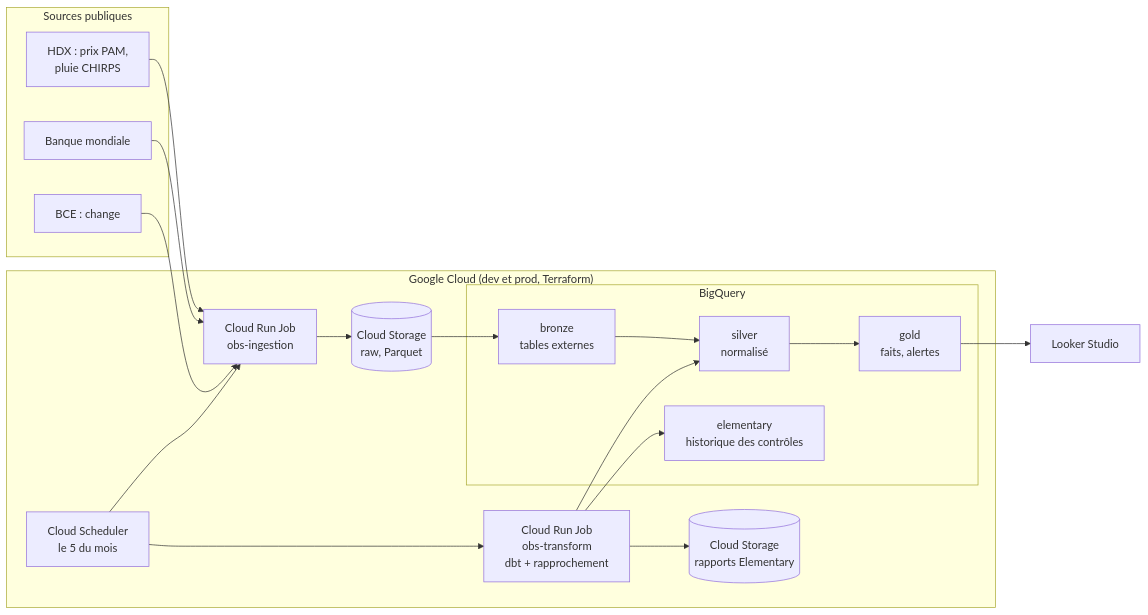
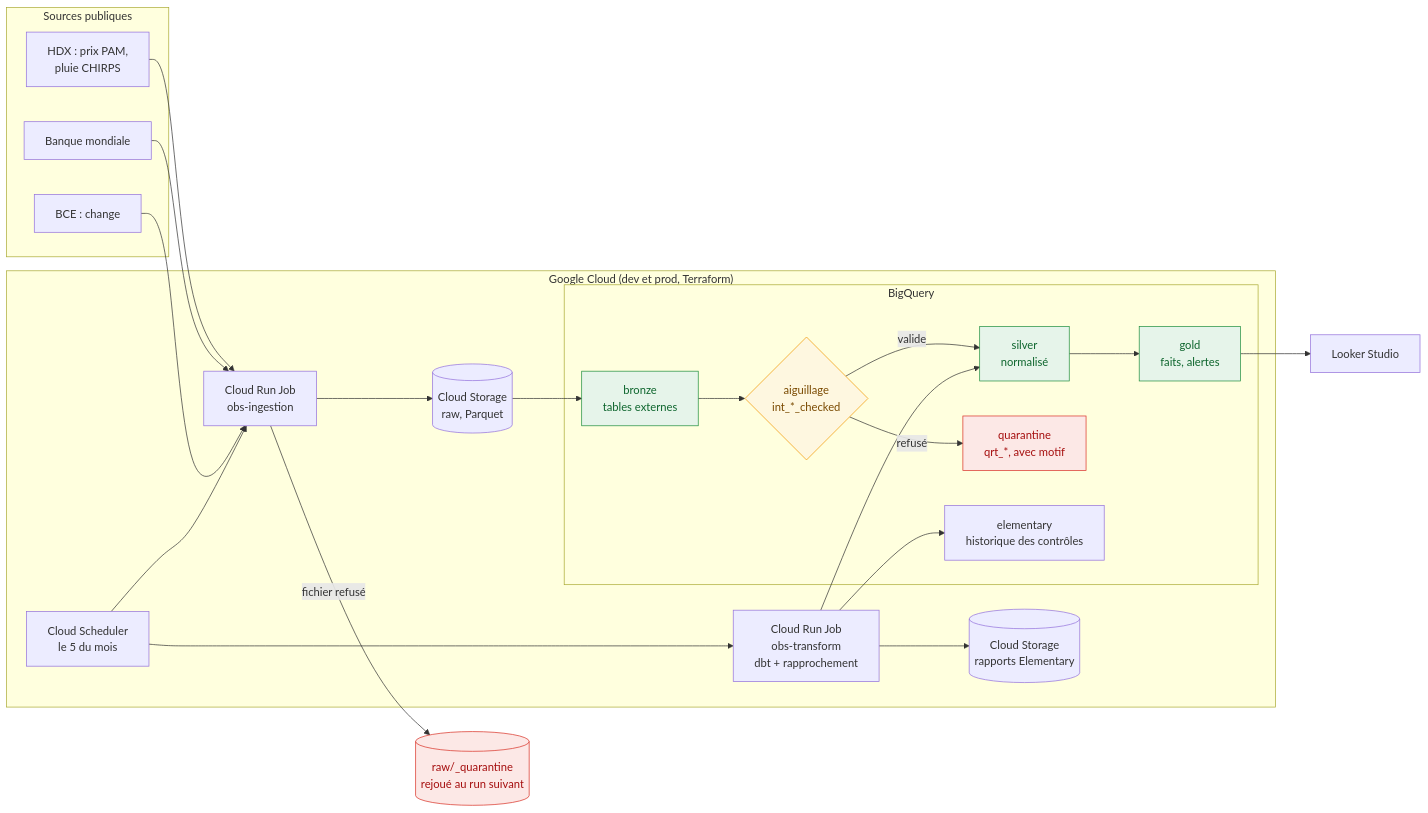
One commit to gelvicnsk/observatoire-prix-cemac changed the diagram in README.md. Above: the diagram before and after it, drawn with Mermaid. The commit also changed other lines of this file and 35 other files, not shown here.

Commit message:
Quarantaine à chaque étape (ADR-012), faits reconstruits à chaque run

````diff
--- a/README.md
+++ b/README.md
@@ -20,27 +21,36 @@
 ```mermaid
 flowchart LR
     subgraph SRC["Sources publiques"]
         HDX["HDX : prix PAM,<br/>pluie CHIRPS"]
         WB["Banque mondiale"]
         ECB["BCE : change"]
     end
     subgraph GCP["Google Cloud (dev et prod, Terraform)"]
         SCH["Cloud Scheduler<br/>le 5 du mois"]
         ING["Cloud Run Job<br/>obs-ingestion"]
         RAW[("Cloud Storage<br/>raw, Parquet")]
         subgraph BQ["BigQuery"]
-            BR["bronze<br/>tables externes"] --> SI["silver<br/>normalisé"] --> GO["gold<br/>faits, alertes"]
+            BR["bronze<br/>tables externes"] --> AI{"aiguillage<br/>int_*_checked"}
+            AI -- "valide" --> SI["silver<br/>normalisé"] --> GO["gold<br/>faits, alertes"]
+            AI -- "refusé" --> QR["quarantine<br/>qrt_*, avec motif"]
             EL["elementary<br/>historique des contrôles"]
         end
         TR["Cloud Run Job<br/>obs-transform<br/>dbt + rapprochement"]
         REP[("Cloud Storage<br/>rapports Elementary")]
     end
     LS["Looker Studio"]
     HDX & WB & ECB --> ING --> RAW --> BR
     SCH --> ING
     SCH --> TR
     TR --> SI
     TR --> EL
+    ING -- "fichier refusé" --> QF[("raw/_quarantine<br/>rejoué au run suivant")]
     TR --> REP
     GO --> LS
+    classDef ok fill:#e6f4ea,stroke:#1e8e3e,color:#0d652d
+    classDef ko fill:#fce8e6,stroke:#d93025,color:#a50e0e
+    classDef sw fill:#fef7e0,stroke:#f29900,color:#7a4a00
+    class BR,SI,GO ok
+    class QR,QF ko
+    class AI sw
 ```
````
